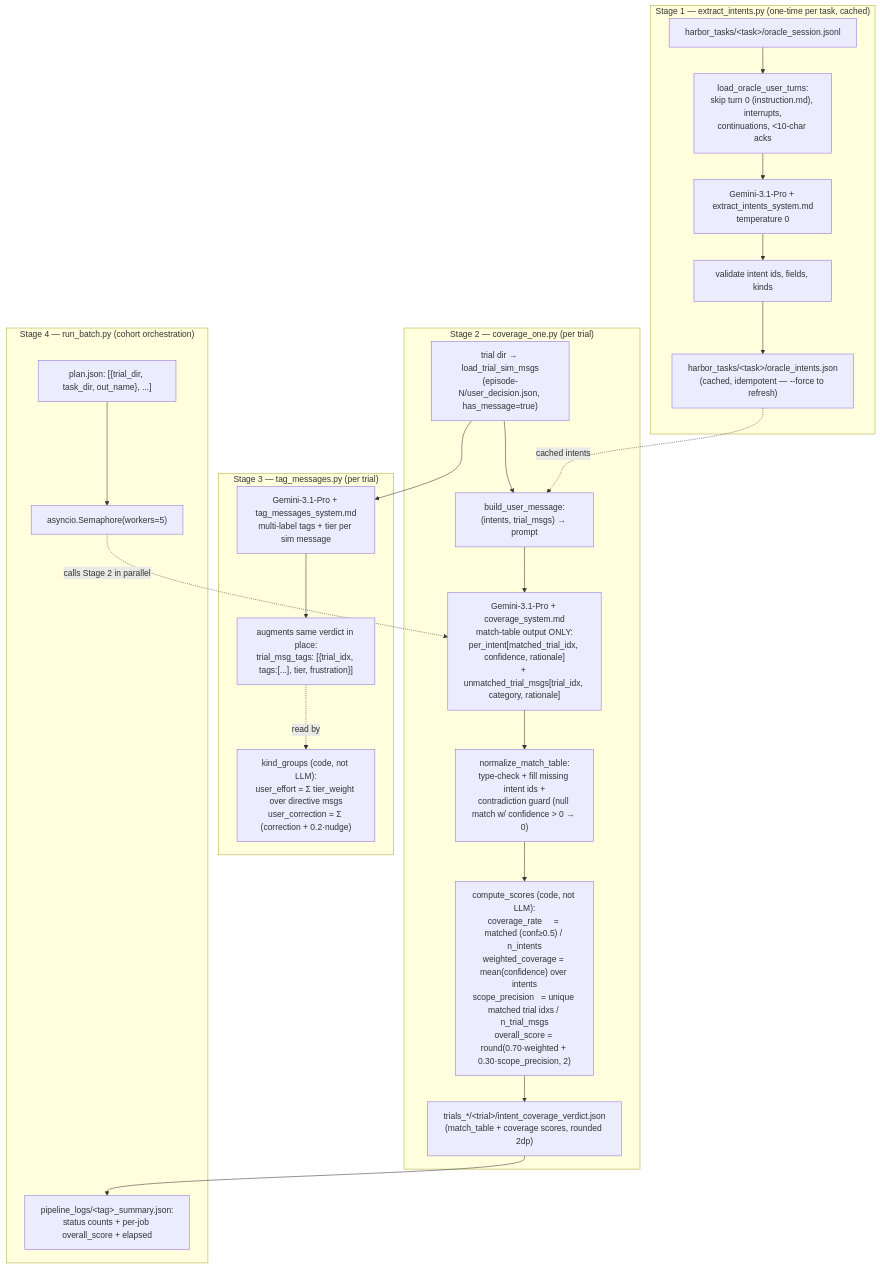
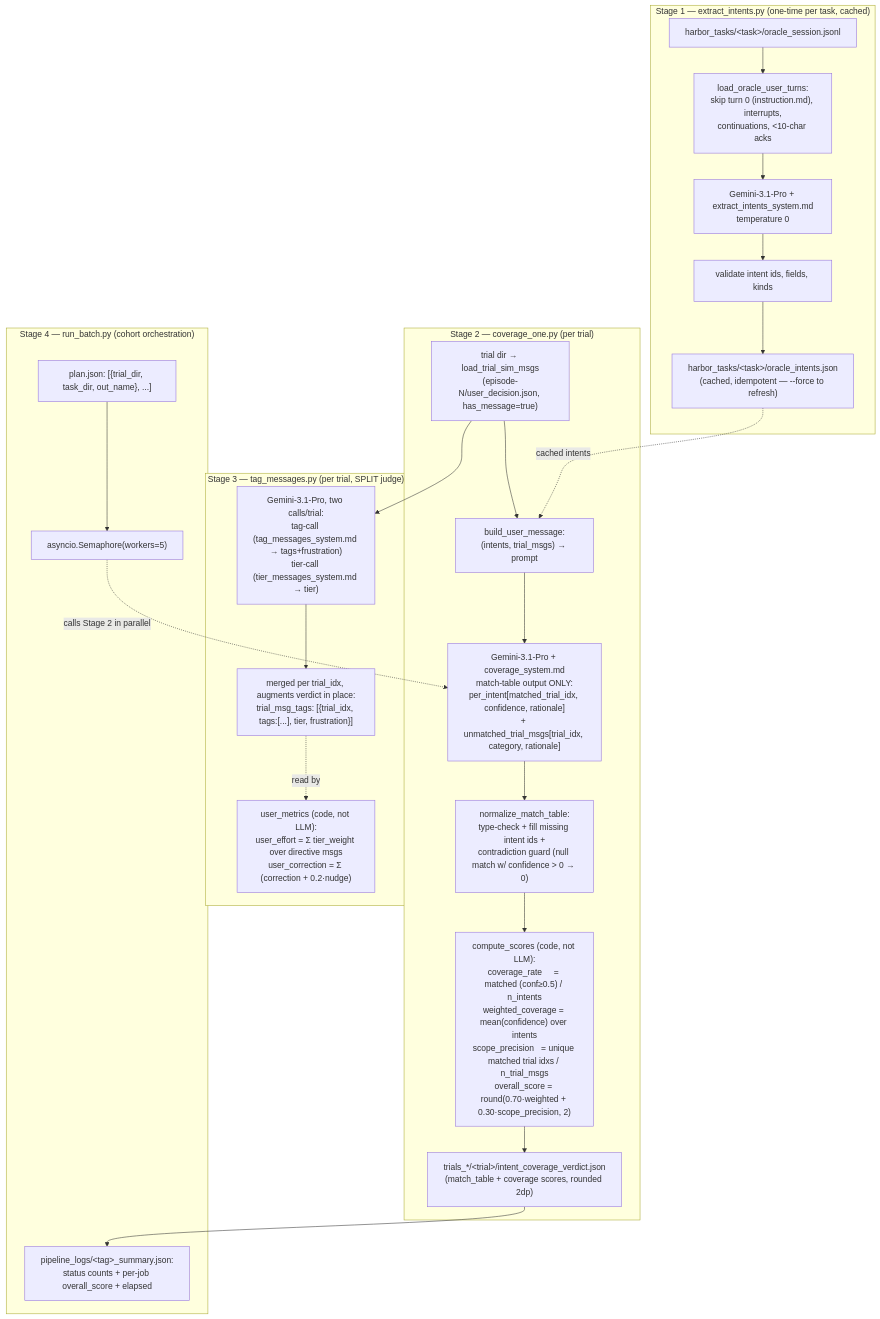
One commit to Togetherbench/SWE-Together changed the diagram in eval/user_behavior/METHOD_AND_PILOT.md. Above: the diagram before and after it, drawn with Mermaid. The commit also changed other lines of this file and 8 other files, not shown here.

Commit message:
user_behavior: rename kind_groups->user_metrics, prompt updates, stage refinements

````diff
--- a/eval/user_behavior/METHOD_AND_PILOT.md
+++ b/eval/user_behavior/METHOD_AND_PILOT.md
@@ -62,32 +64,32 @@
 ```mermaid
 flowchart TD
   subgraph S1 ["Stage 1 — extract_intents.py (one-time per task, cached)"]
     O["harbor_tasks/&lt;task&gt;/oracle_session.jsonl"]
     O --> O1["load_oracle_user_turns:<br/>skip turn 0 (instruction.md), interrupts,<br/>continuations, &lt;10-char acks"]
     O1 --> O2["Gemini-3.1-Pro + extract_intents_system.md<br/>temperature 0"]
     O2 --> O3["validate intent ids, fields, kinds"]
     O3 --> OC["harbor_tasks/&lt;task&gt;/oracle_intents.json<br/>(cached, idempotent — --force to refresh)"]
   end
 
   subgraph S2 ["Stage 2 — coverage_one.py (per trial)"]
     T["trial dir → load_trial_sim_msgs<br/>(episode-N/user_decision.json, has_message=true)"]
     OC -.cached intents.-> M
     T --> M["build_user_message:<br/>(intents, trial_msgs) → prompt"]
     M --> J["Gemini-3.1-Pro + coverage_system.md<br/>match-table output ONLY:<br/>per_intent[matched_trial_idx, confidence, rationale]<br/>+ unmatched_trial_msgs[trial_idx, category, rationale]"]
     J --> N["normalize_match_table:<br/>type-check + fill missing intent ids +<br/>contradiction guard (null match w/ confidence > 0 → 0)"]
     N --> COMP["compute_scores (code, not LLM):<br/>coverage_rate     = matched (conf≥0.5) / n_intents<br/>weighted_coverage = mean(confidence) over intents<br/>scope_precision   = unique matched trial idxs / n_trial_msgs<br/>overall_score = round(0.70·weighted + 0.30·scope_precision, 2)"]
     COMP --> V["trials_*/&lt;trial&gt;/intent_coverage_verdict.json<br/>(match_table + coverage scores, rounded 2dp)"]
   end
 
-  subgraph S2b ["Stage 3 — tag_messages.py (per trial)"]
-    T --> TAG["Gemini-3.1-Pro + tag_messages_system.md<br/>multi-label tags + tier per sim message"]
-    TAG --> V2["augments same verdict in place:<br/>trial_msg_tags: [{trial_idx, tags:[...], tier, frustration}]"]
-    V2 -.read by.-> KG["kind_groups (code, not LLM):<br/>user_effort = Σ tier_weight over directive msgs<br/>user_correction = Σ (correction + 0.2·nudge)"]
+  subgraph S2b ["Stage 3 — tag_messages.py (per trial, SPLIT judge)"]
+    T --> TAG["Gemini-3.1-Pro, two calls/trial:<br/>tag-call (tag_messages_system.md → tags+frustration)<br/>tier-call (tier_messages_system.md → tier)"]
+    TAG --> V2["merged per trial_idx, augments verdict in place:<br/>trial_msg_tags: [{trial_idx, tags:[...], tier, frustration}]"]
+    V2 -.read by.-> KG["user_metrics (code, not LLM):<br/>user_effort = Σ tier_weight over directive msgs<br/>user_correction = Σ (correction + 0.2·nudge)"]
   end
 
   subgraph S3 ["Stage 4 — run_batch.py (cohort orchestration)"]
     PLAN["plan.json: [{trial_dir, task_dir, out_name}, ...]"] --> POOL
     POOL["asyncio.Semaphore(workers=5)"] -.calls Stage 2 in parallel.-> J
     V --> SUMM["pipeline_logs/&lt;tag&gt;_summary.json:<br/>status counts + per-job overall_score + elapsed"]
   end
 ```
````
